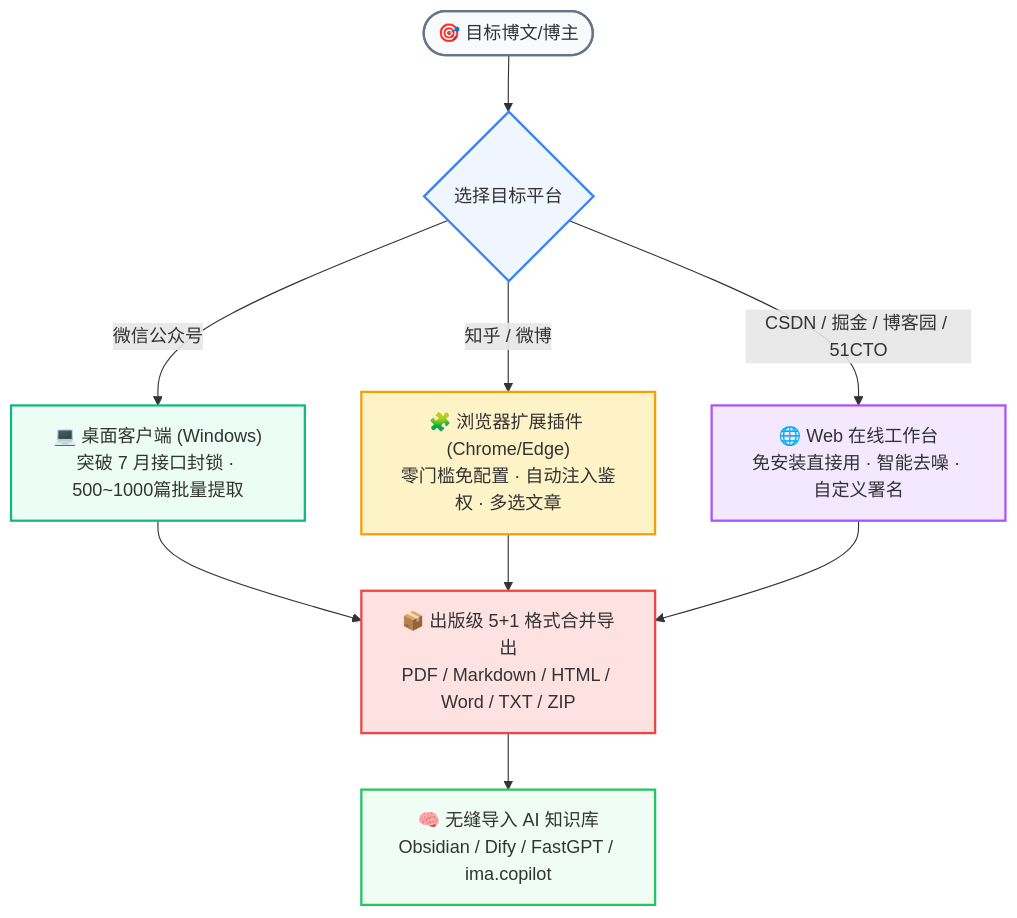
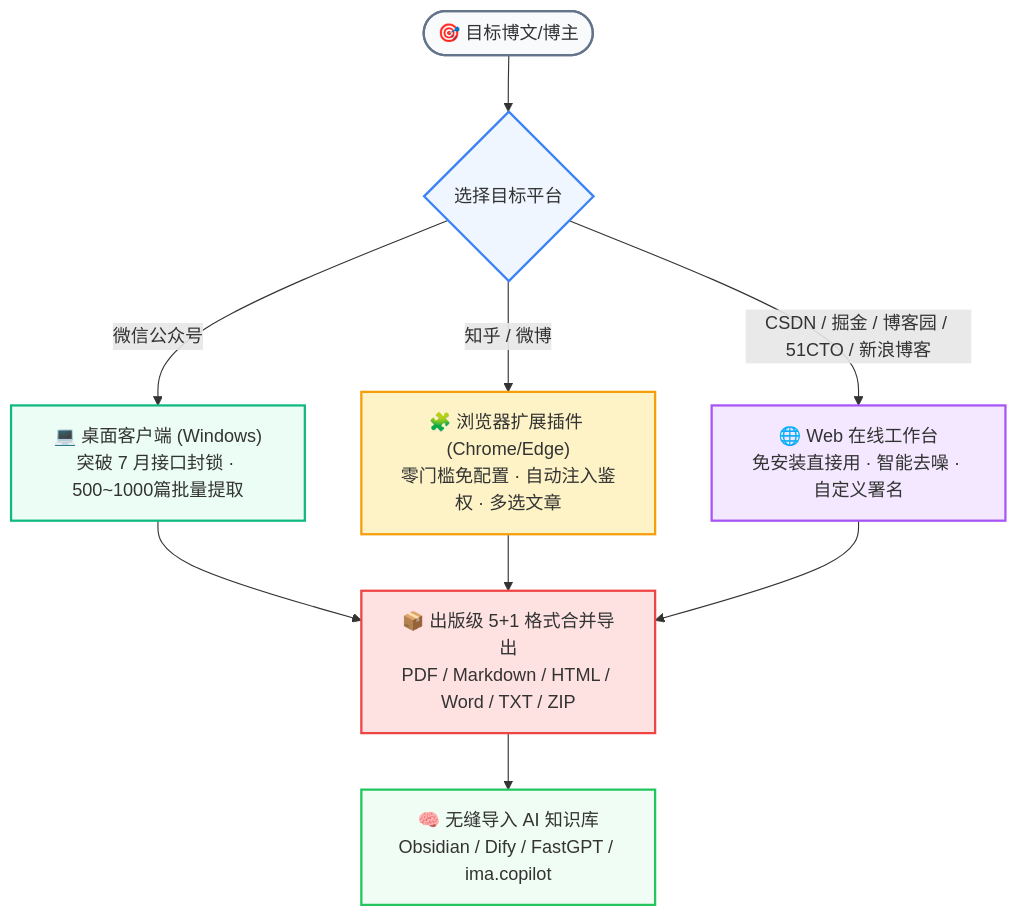
Before and after one commit to yibeigen/wechat-article-exporter: the diagram in README.md, drawn with Mermaid. The commit also changed other lines of this file and 33 other files, not shown here.

````diff
--- a/README.md
+++ b/README.md
@@ -72,21 +72,21 @@
 ```mermaid
 graph TD
     User([🎯 目标博文/博主]) --> Choose{选择目标平台}
     
     Choose -->|微信公众号| MethodA["💻 桌面客户端 (Windows)<br>突破 7 月接口封锁 · 500~1000篇批量提取"]
     Choose -->|知乎 / 微博| MethodB["🧩 浏览器扩展插件 (Chrome/Edge)<br>零门槛免配置 · 自动注入鉴权 · 多选文章"]
-    Choose -->|CSDN / 掘金 / 博客园 / 51CTO| MethodC["🌐 Web 在线工作台<br>免安装直接用 · 智能去噪 · 自定义署名"]
+    Choose -->|CSDN / 掘金 / 博客园 / 51CTO / 新浪博客| MethodC["🌐 Web 在线工作台<br>免安装直接用 · 智能去噪 · 自定义署名"]
 
     MethodA --> Export["📦 出版级 5+1 格式合并导出<br>PDF / Markdown / HTML / Word / TXT / ZIP"]
     MethodB --> Export
     MethodC --> Export
     Export --> RAG["🧠 无缝导入 AI 知识库<br>Obsidian / Dify / FastGPT / ima.copilot"]
     
     style User fill:#f8fafc,stroke:#64748b,stroke-width:2px
     style Choose fill:#eff6ff,stroke:#3b82f6,stroke-width:2px
     style MethodA fill:#ecfdf5,stroke:#10b981,stroke-width:2px
     style MethodB fill:#fef3c7,stroke:#f59e0b,stroke-width:2px
     style MethodC fill:#f3e8ff,stroke:#a855f7,stroke-width:2px
     style Export fill:#fee2e2,stroke:#ef4444,stroke-width:2px
     style RAG fill:#f0fdf4,stroke:#22c55e,stroke-width:2px
 ```
````
